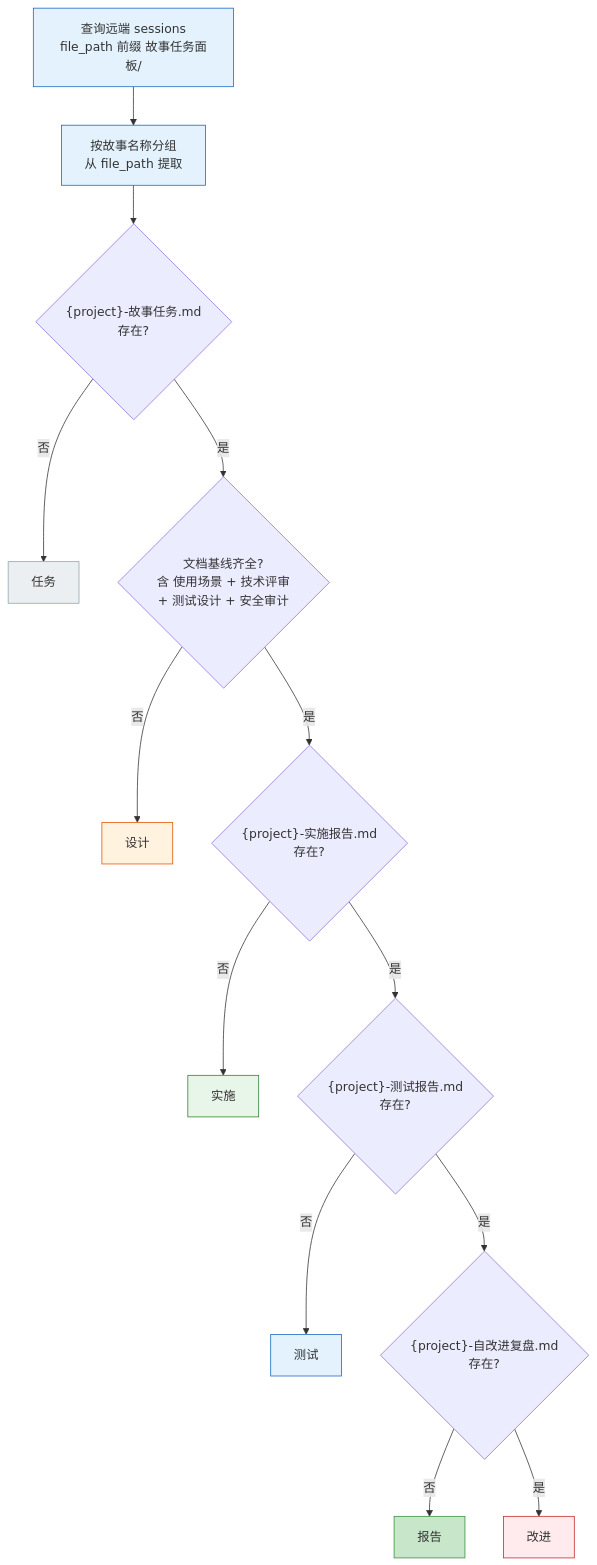
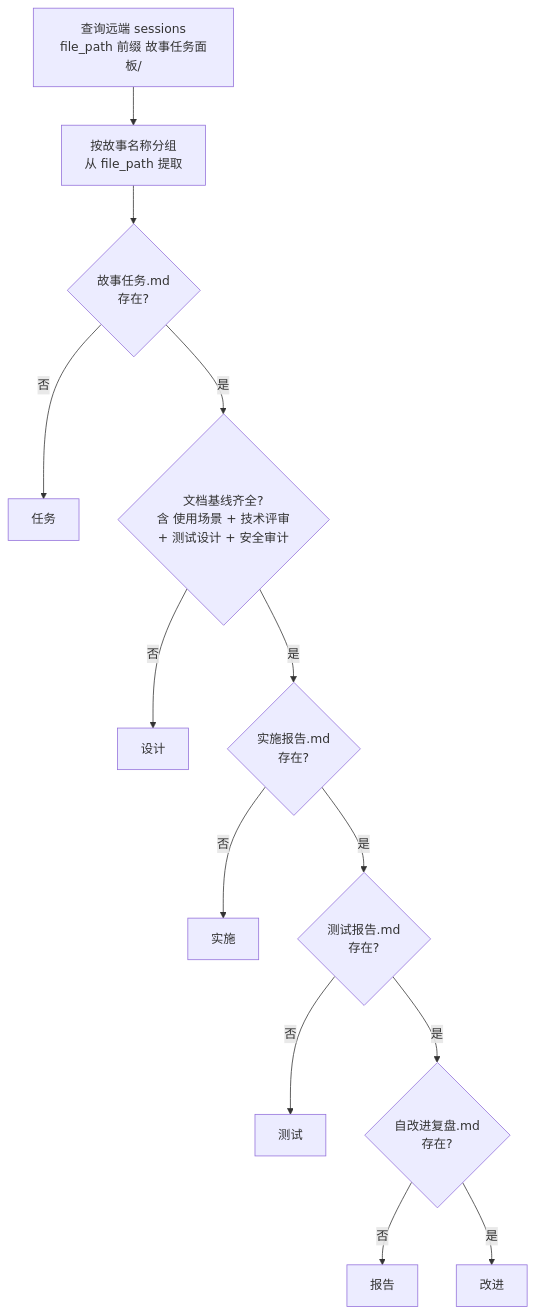
The fourth of 12 diagrams in skills/rui-story/SKILL.md (effiy/YrY), drawn with Mermaid before and after one commit. The commit also changed other lines of this file and 61 other files, not shown here.

````diff
--- a/skills/rui-story/SKILL.md
+++ b/skills/rui-story/SKILL.md
@@ -125,23 +99,16 @@
 ```mermaid
 flowchart TD
     START["查询远端 sessions<br/>file_path 前缀 故事任务面板/"]:::s --> GROUP["按故事名称分组<br/>从 file_path 提取"]:::s
-    GROUP --> CHK01{"{project}-故事任务.md<br/>存在?"}
+    GROUP --> CHK01{"故事任务.md<br/>存在?"}
     CHK01 -->|"否"| NS["任务"]:::s0
     CHK01 -->|"是"| CHKDOC{"文档基线齐全?<br/>含 使用场景 + 技术评审<br/>+ 测试设计 + 安全审计"}
     CHKDOC -->|"否"| DIP["设计"]:::s1
-    CHKDOC -->|"是"| CHKIMP{"{project}-实施报告.md<br/>存在?"}
+    CHKDOC -->|"是"| CHKIMP{"实施报告.md<br/>存在?"}
     CHKIMP -->|"否"| IMP["实施"]:::s2
-    CHKIMP -->|"是"| CHKVER{"{project}-测试报告.md<br/>存在?"}
+    CHKIMP -->|"是"| CHKVER{"测试报告.md<br/>存在?"}
     CHKVER -->|"否"| TST["测试"]:::s3
-    CHKVER -->|"是"| CHKRET{"{project}-自改进复盘.md<br/>存在?"}
+    CHKVER -->|"是"| CHKRET{"自改进复盘.md<br/>存在?"}
     CHKRET -->|"否"| RPT["报告"]:::s4
     CHKRET -->|"是"| IMPV["改进"]:::s5
 
-    classDef s fill:#e3f2fd,stroke:#1565c0;
-    classDef s0 fill:#eceff1,stroke:#90a4ae;
-    classDef s1 fill:#fff3e0,stroke:#e65100;
-    classDef s2 fill:#e8f5e9,stroke:#2e7d32;
-    classDef s3 fill:#e3f2fd,stroke:#1565c0;
-    classDef s4 fill:#c8e6c9,stroke:#388e3c;
-    classDef s5 fill:#ffebee,stroke:#c62828;
 ```
````
